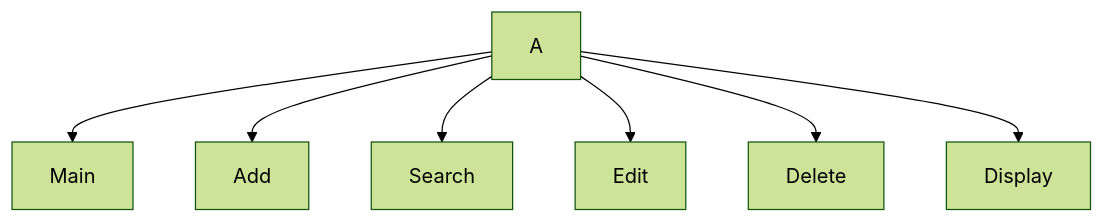
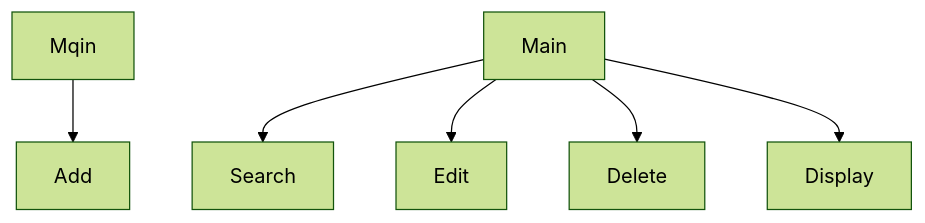
Before and after one commit to RomanPeine/Chap6-project: the diagram in README.md, drawn with Mermaid (forest theme).

````diff
--- a/README.md
+++ b/README.md
@@ -8,9 +8,8 @@
 ```mermaid
 graph TD;
-  A-->Main;
-  A-->Add;
-  A-->Search;
-  A-->Edit;
-  A-->Delete;
-  A-->Display;
+  Mqin-->Add;
+  Main-->Search;
+  Main-->Edit;
+  Main-->Delete;
+  Main-->Display;
 ```
````
